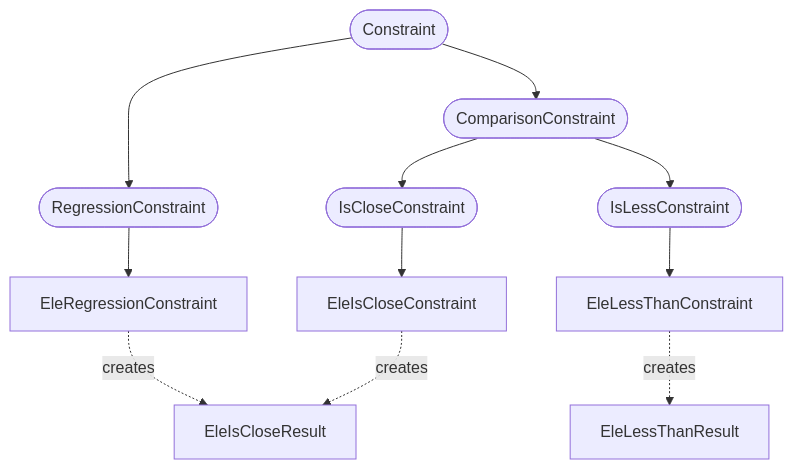
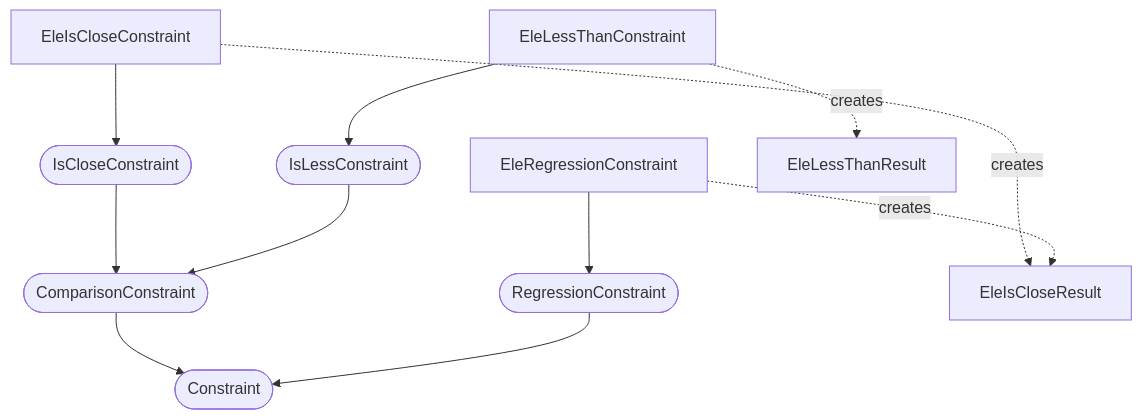
One commit to bmad-sim/pytao changed the second of 2 diagrams in docs/constraints/api/ele.md. Above: the diagram before and after it, drawn with Mermaid. The commit also changed other lines of this file and 1 other file, not shown here.

Commit message:
reverse flow charts

````diff
--- a/docs/constraints/api/ele.md
+++ b/docs/constraints/api/ele.md
@@ -52,13 +52,13 @@
 ```mermaid
 flowchart TD
-    Constraint([Constraint]) --> ComparisonConstraint([ComparisonConstraint])
-    Constraint --> RegressionConstraint([RegressionConstraint])
-    ComparisonConstraint --> IsCloseConstraint([IsCloseConstraint])
-    ComparisonConstraint --> IsLessConstraint([IsLessConstraint])
-    IsCloseConstraint --> EleIsCloseConstraint[EleIsCloseConstraint]
-    IsLessConstraint --> EleLessThanConstraint[EleLessThanConstraint]
-    RegressionConstraint --> EleRegressionConstraint[EleRegressionConstraint]
+    ComparisonConstraint([ComparisonConstraint]) --> Constraint([Constraint])
+    RegressionConstraint([RegressionConstraint]) --> Constraint
+    IsCloseConstraint([IsCloseConstraint]) --> ComparisonConstraint
+    IsLessConstraint([IsLessConstraint]) --> ComparisonConstraint
+    EleIsCloseConstraint[EleIsCloseConstraint] --> IsCloseConstraint
+    EleLessThanConstraint[EleLessThanConstraint] --> IsLessConstraint
+    EleRegressionConstraint[EleRegressionConstraint] --> RegressionConstraint
     EleIsCloseConstraint -. creates .-> EleIsCloseResult[EleIsCloseResult]
     EleLessThanConstraint -. creates .-> EleLessThanResult[EleLessThanResult]
     EleRegressionConstraint -. creates .-> EleIsCloseResult
 ```
````
